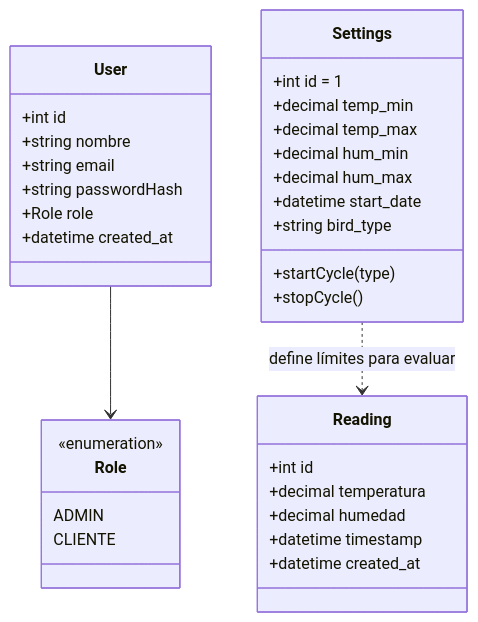
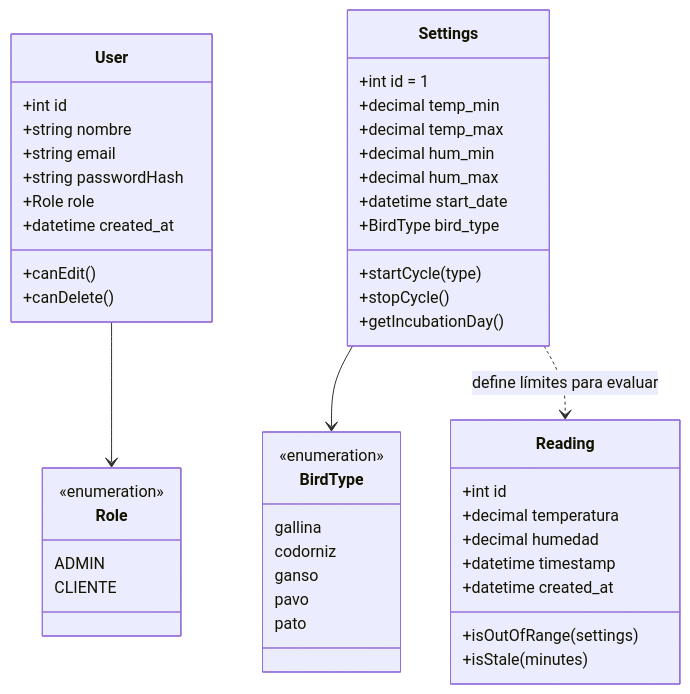
Before and after one commit to nazarenonicole15-netizen/ENCUBADORA-DE-HUEVO-ARDUINO: the second of 5 diagrams in docs/UML.md, drawn with Mermaid. The commit also changed other lines of this file and 5 other files, not shown here.

````diff
--- a/docs/UML.md
+++ b/docs/UML.md
@@ -33,36 +68,51 @@
 ```mermaid
 classDiagram
   class User {
     +int id
     +string nombre
     +string email
     +string passwordHash
     +Role role
     +datetime created_at
+    +canEdit()
+    +canDelete()
   }
   class Settings {
     +int id = 1
     +decimal temp_min
     +decimal temp_max
     +decimal hum_min
     +decimal hum_max
     +datetime start_date
-    +string bird_type
+    +BirdType bird_type
     +startCycle(type)
     +stopCycle()
+    +getIncubationDay()
   }
   class Reading {
     +int id
     +decimal temperatura
     +decimal humedad
     +datetime timestamp
     +datetime created_at
+    +isOutOfRange(settings)
+    +isStale(minutes)
   }
   class Role {
     <<enumeration>>
     ADMIN
     CLIENTE
   }
+  class BirdType {
+    <<enumeration>>
+    gallina
+    codorniz
+    ganso
+    pavo
+    pato
+  }
+
   User --> Role
+  Settings --> BirdType
   Settings ..> Reading : define límites para evaluar
 ```
````
